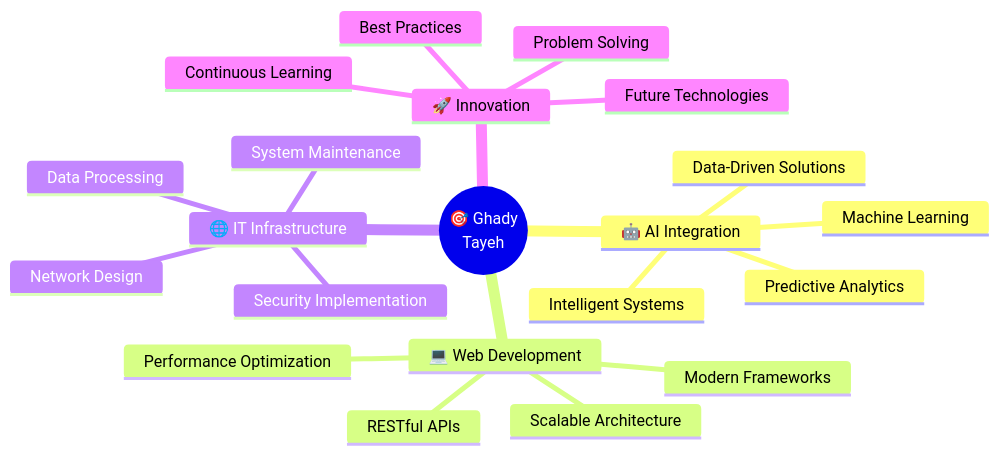
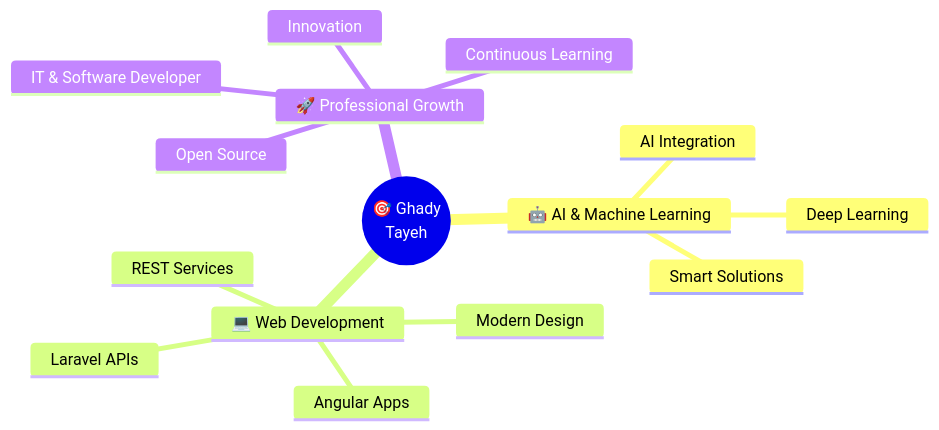
One commit to ghady7/ghady7 changed the diagram in README.md. Above: the diagram before and after it, drawn with Mermaid. The commit also changed other lines of this file, not shown here.

````diff
--- a/README.md
+++ b/README.md
@@ -428,24 +315,18 @@
 ```mermaid
 mindmap
   root((🎯 Ghady<br/>Tayeh))
-    🤖 AI Integration
-      Machine Learning
-      Intelligent Systems
-      Predictive Analytics
-      Data-Driven Solutions
+    🤖 AI & Machine Learning
+      Deep Learning
+      AI Integration
+      Smart Solutions
     💻 Web Development
-      Scalable Architecture
-      Modern Frameworks
-      RESTful APIs
-      Performance Optimization
-    🌐 IT Infrastructure
-      Network Design
-      Data Processing
-      System Maintenance
-      Security Implementation
-    🚀 Innovation
-      Problem Solving
+      Angular Apps
+      Laravel APIs
+      Modern Design
+      REST Services
+    🚀 Professional Growth
+      IT & Software Developer
+      Open Source
       Continuous Learning
-      Best Practices
-      Future Technologies
+      Innovation
 ```
````
